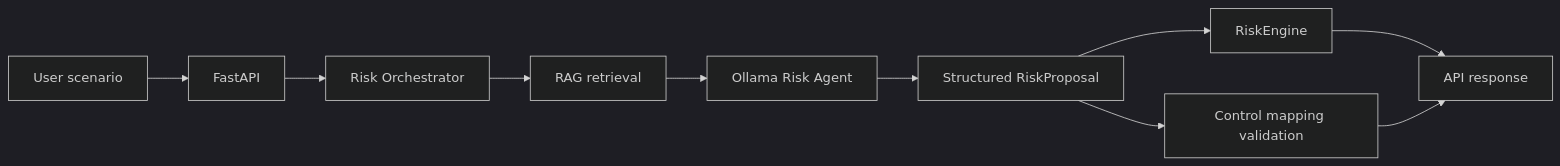
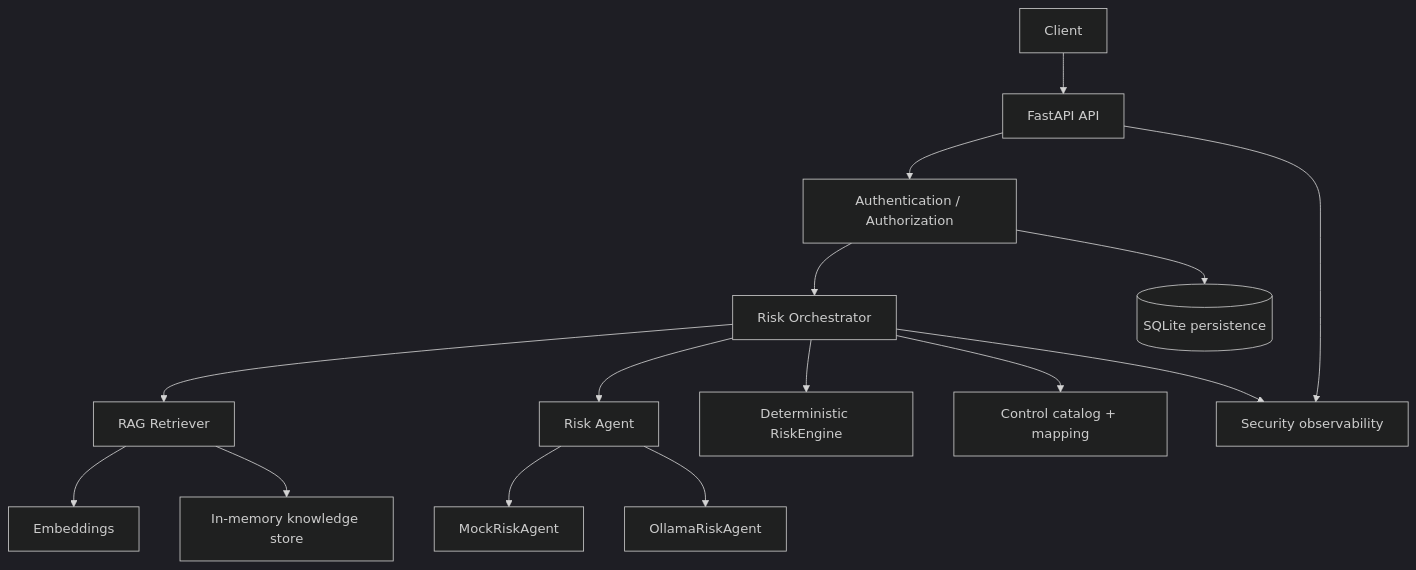
Before and after one commit to karangoswami9332/grc-risk-assessment-agent: the diagram in README.md, drawn with Mermaid (dark theme). The commit also changed other lines of this file, not shown here.

````diff
--- a/README.md
+++ b/README.md
@@ -35,12 +69,32 @@
 ```mermaid
-flowchart LR
-  A[User scenario] --> B[FastAPI]
-  B --> C[Risk Orchestrator]
-  C --> D[RAG retrieval]
-  D --> E[Ollama Risk Agent]
-  E --> F[Structured RiskProposal]
-  F --> G[RiskEngine]
-  F --> H[Control mapping validation]
-  G --> I[API response]
-  H --> I
+flowchart TB
+  Client[Client]
+  API[FastAPI API]
+  Auth[Authentication / Authorization]
+  Orch[Risk Orchestrator]
+  RAG[RAG Retriever]
+  Emb[Embeddings]
+  Store[In-memory knowledge store]
+  Agent[Risk Agent]
+  Mock[MockRiskAgent]
+  Ollama[OllamaRiskAgent]
+  Engine[Deterministic RiskEngine]
+  Controls[Control catalog + mapping]
+  DB[(SQLite persistence)]
+  Obs[Security observability]
+
+  Client --> API
+  API --> Auth
+  Auth --> Orch
+  Auth --> DB
+  Orch --> RAG
+  RAG --> Emb
+  RAG --> Store
+  Orch --> Agent
+  Agent --> Mock
+  Agent --> Ollama
+  Orch --> Engine
+  Orch --> Controls
+  Orch --> Obs
+  API --> Obs
 ```
````
